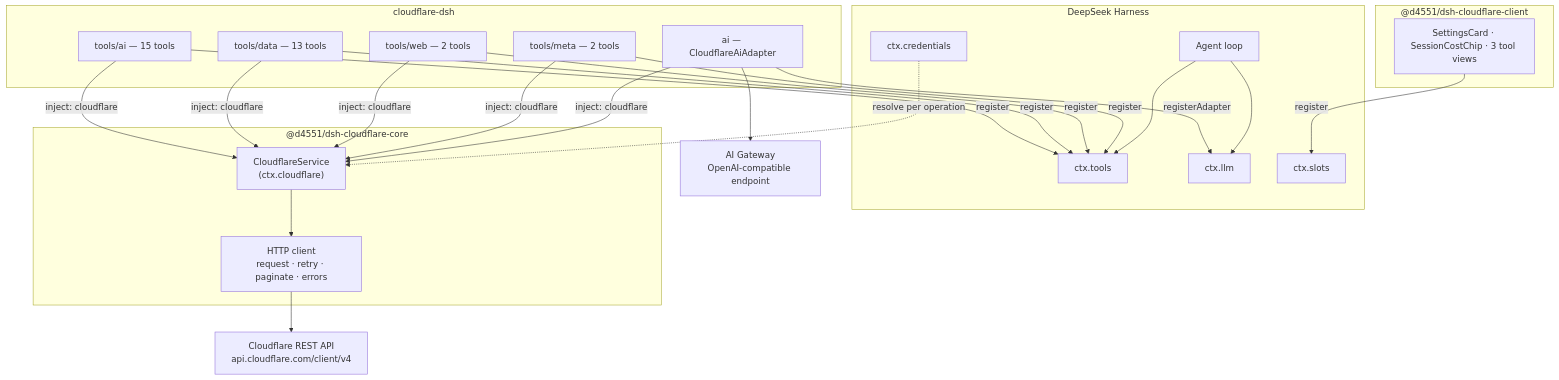
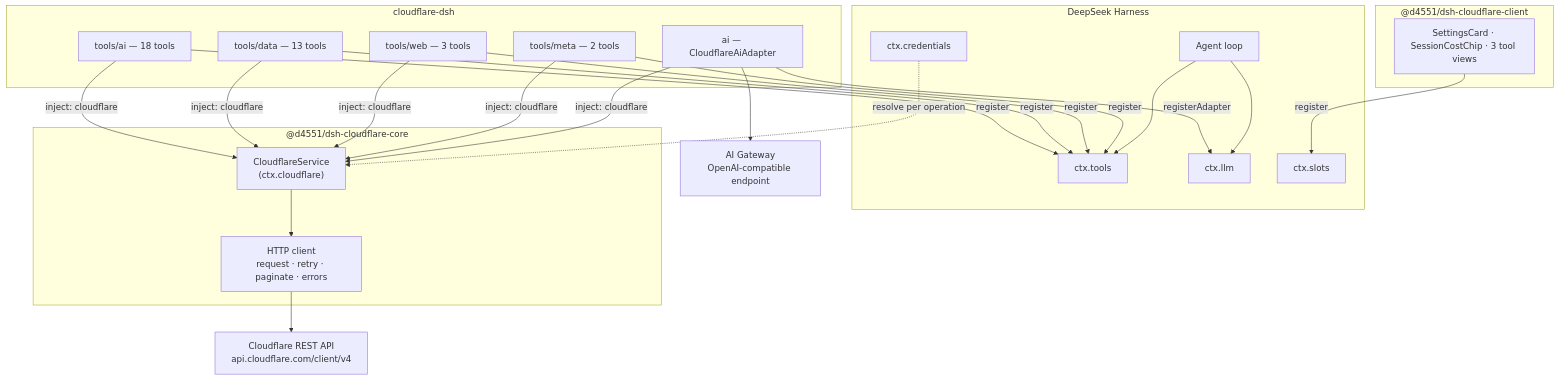
The first of 7 diagrams in README.md (d4551/cloudflare-dsh), drawn with Mermaid before and after one commit. The commit also changed other lines of this file and 8 other files, not shown here.

````diff
--- a/README.md
+++ b/README.md
@@ -157,42 +157,42 @@
 ```mermaid
 graph TD
     subgraph harness["DeepSeek Harness"]
         agent["Agent loop"]
         tools["ctx.tools"]
         llm["ctx.llm"]
         slots["ctx.slots"]
         creds["ctx.credentials"]
     end
 
     subgraph seam["@d4551/dsh-cloudflare-core"]
         service["CloudflareService<br/>(ctx.cloudflare)"]
         client["HTTP client<br/>request · retry · paginate · errors"]
         service --> client
     end
 
     subgraph bundle["cloudflare-dsh"]
-        tai["tools/ai — 15 tools"]
+        tai["tools/ai — 18 tools"]
         tdata["tools/data — 13 tools"]
-        tweb["tools/web — 2 tools"]
+        tweb["tools/web — 3 tools"]
         tmeta["tools/meta — 2 tools"]
         adapter["ai — CloudflareAiAdapter"]
     end
 
     subgraph clientpkg["@d4551/dsh-cloudflare-client"]
         ui["SettingsCard · SessionCostChip · 3 tool views"]
     end
 
     cf["Cloudflare REST API<br/>api.cloudflare.com/client/v4"]
     gw["AI Gateway<br/>OpenAI-compatible endpoint"]
 
     creds -.->|"resolve per operation"| service
     tai & tdata & tweb & tmeta -->|"inject: cloudflare"| service
     tai & tdata & tweb & tmeta -->|register| tools
     adapter -->|"inject: cloudflare"| service
     adapter -->|registerAdapter| llm
     ui -->|register| slots
     agent --> tools
     agent --> llm
     client --> cf
     adapter --> gw
 ```
````
